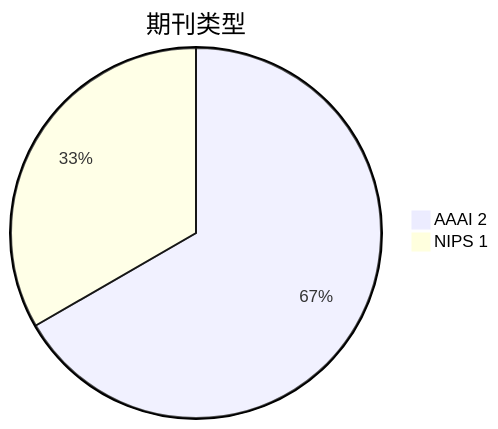
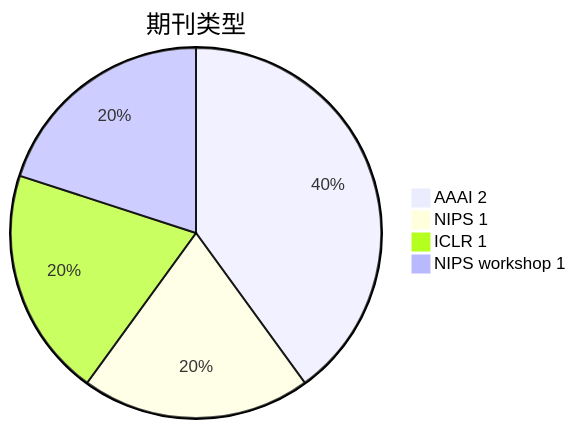
The second of 5 diagrams in Attack/Jailbreak/analyse.md (Elephant-King9/Paper), drawn with Mermaid before and after one commit. The commit also changed other lines of this file and 3 other files, not shown here.

````diff
--- a/Attack/Jailbreak/analyse.md
+++ b/Attack/Jailbreak/analyse.md
@@ -25,5 +28,7 @@
 ```mermaid
 pie title 期刊类型
     "AAAI 2" : 2
     "NIPS 1" : 1
+    "ICLR 1" : 1
+    "NIPS workshop 1" : 1
 ```
````
